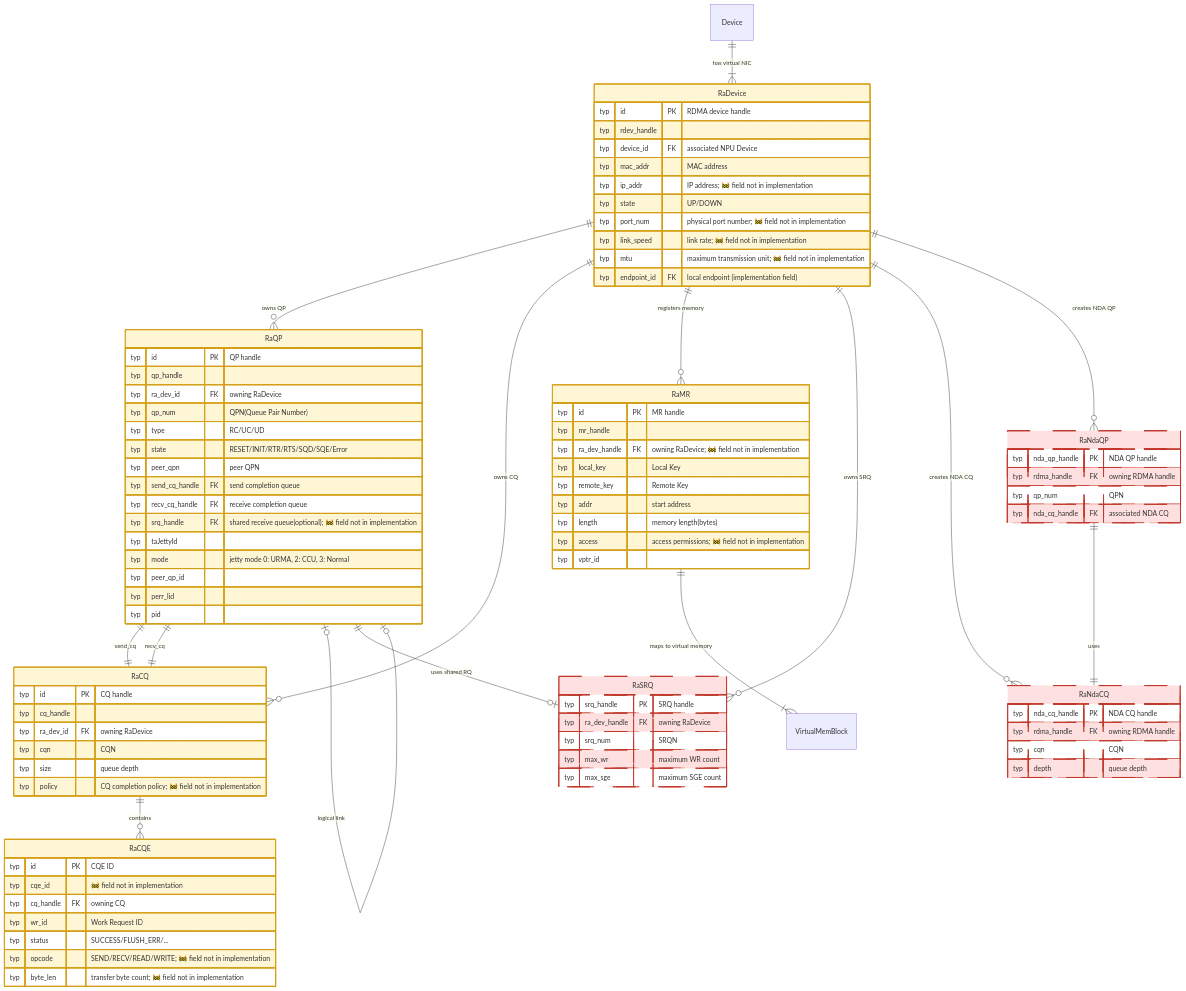
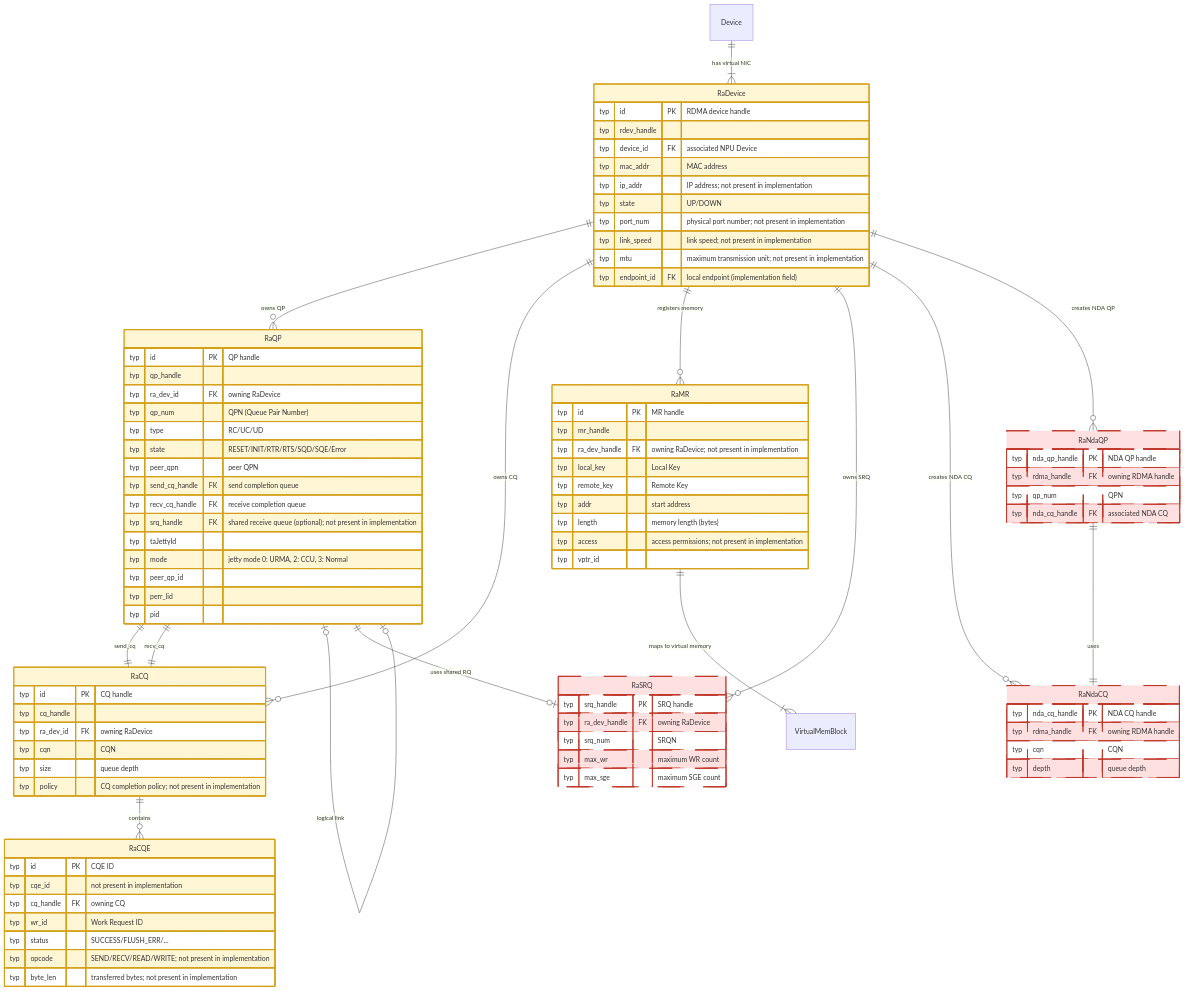
Before and after one commit to Atlas-Ascend-Fork/hcomm: diagram 14 of 19 in test/hccl_vm/docs/simulator_runner_data_model_en.md, drawn with Mermaid. The commit also changed other lines of this file and 171 other files, not shown here.

````diff
--- a/test/hccl_vm/docs/simulator_runner_data_model_en.md
+++ b/test/hccl_vm/docs/simulator_runner_data_model_en.md
@@ -1180,8 +1204,8 @@
 ```mermaid
 erDiagram
     %% ==========================================
-    %% RDMA Devices and Resources (RaRdev, RaQp, RaMr Interfaces)
-    %% 🧠 Process-private candidates: RaQP / RaCQ / RaCQE / RaMR / RaDevice (only src/proxy accesses; RaQP has peer filtering)
+    %% RDMA devices and resources (RaRdev, RaQp, RaMr interfaces)
+    %% Process-private candidates: RaQP / RaCQ / RaCQE / RaMR / RaDevice (accessed only by src/proxy; RaQP has peer filtering)
     %% ==========================================
     Device ||--|{ RaDevice : "has virtual NIC"
     RaDevice {
@@ -1189,26 +1213,26 @@
         typ rdev_handle
         typ device_id FK "associated NPU Device"
         typ mac_addr "MAC address"
-        typ ip_addr "IP address; 🚧 field not in implementation"
+        typ ip_addr "IP address; not present in implementation"
         typ state "UP/DOWN"
-        typ port_num "physical port number; 🚧 field not in implementation"
-        typ link_speed "link rate; 🚧 field not in implementation"
-        typ mtu "maximum transmission unit; 🚧 field not in implementation"
+        typ port_num "physical port number; not present in implementation"
+        typ link_speed "link speed; not present in implementation"
+        typ mtu "maximum transmission unit; not present in implementation"
         typ endpoint_id FK "local endpoint (implementation field)"
     }
 
-    %% RDMA Core: QP (Queue Pair)
+    %% RDMA core: QP (Queue Pair)
     RaQP {
         typ id PK "QP handle"
         typ qp_handle
         typ ra_dev_id FK "owning RaDevice"
-        typ qp_num "QPN(Queue Pair Number)"
+        typ qp_num "QPN (Queue Pair Number)"
         typ type "RC/UC/UD"
         typ state "RESET/INIT/RTR/RTS/SQD/SQE/Error"
         typ peer_qpn "peer QPN"
         typ send_cq_handle FK "send completion queue"
         typ recv_cq_handle FK "receive completion queue"
-        typ srq_handle FK "shared receive queue(optional); 🚧 field not in implementation"
+        typ srq_handle FK "shared receive queue (optional); not present in implementation"
         typ taJettyId
         typ mode "jetty mode 0: URMA, 2: CCU, 3: Normal"
         typ peer_qp_id
@@ -1221,43 +1245,43 @@
     RaQP |o--o| RaQP : "logical link"
     RaQP ||--o| RaSRQ : "uses shared RQ"
 
-    %% Completion Queue CQ
+    %% Completion queue CQ
     RaCQ {
         typ id PK "CQ handle"
         typ cq_handle
         typ ra_dev_id FK "owning RaDevice"
         typ cqn "CQN"
         typ size "queue depth"
-        typ policy "CQ completion policy; 🚧 field not in implementation"
+        typ policy "CQ completion policy; not present in implementation"
     }
     RaCQE {
         typ id PK "CQE ID"
-        typ cqe_id "🚧 field not in implementation"
+        typ cqe_id "not present in implementation"
         typ cq_handle FK "owning CQ"
         typ wr_id "Work Request ID"
         typ status "SUCCESS/FLUSH_ERR/..."
-        typ opcode "SEND/RECV/READ/WRITE; 🚧 field not in implementation"
-        typ byte_len "transfer byte count; 🚧 field not in implementation"
+        typ opcode "SEND/RECV/READ/WRITE; not present in implementation"
+        typ byte_len "transferred bytes; not present in implementation"
     }
     RaDevice ||--o{ RaCQ : "owns CQ"
     RaCQ ||--o{ RaCQE : "contains"
 
-    %% Memory Registration MR
+    %% Memory registration MR
     RaMR {
         typ id PK "MR handle"
         typ mr_handle
-        typ ra_dev_handle FK "owning RaDevice; 🚧 field not in implementation"
+        typ ra_dev_handle FK "owning RaDevice; not present in implementation"
         typ local_key "Local Key"
         typ remote_key "Remote Key"
         typ addr "start address"
-        typ length "memory length(bytes)"
-        typ access "access permissions; 🚧 field not in implementation"
+        typ length "memory length (bytes)"
+        typ access "access permissions; not present in implementation"
         typ vptr_id
     }
     RaDevice ||--o{ RaMR : "registers memory"
     RaMR ||--|{ VirtualMemBlock : "maps to virtual memory"
 
-    %% Shared Receive Queue SRQ
+    %% Shared receive queue SRQ
     RaSRQ {
         typ srq_handle PK "SRQ handle"
         typ ra_dev_handle FK "owning RaDevice"
@@ -1267,7 +1291,7 @@
     }
     RaDevice ||--o{ RaSRQ : "owns SRQ"
 
-    %% NDA Direct Access
+    %% NDA direct access
     RaNdaCQ {
         typ nda_cq_handle PK "NDA CQ handle"
         typ rdma_handle FK "owning RDMA handle"
````
